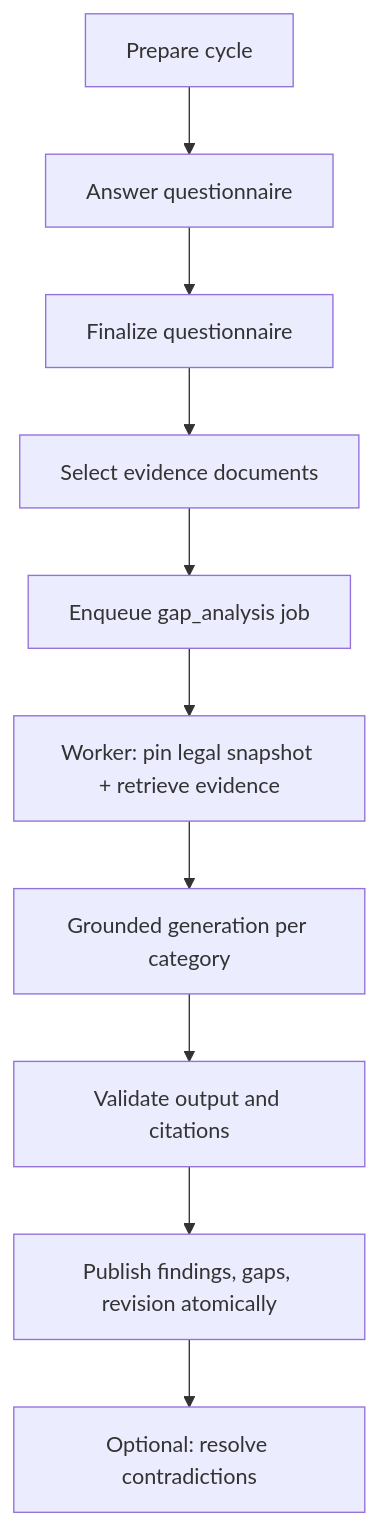
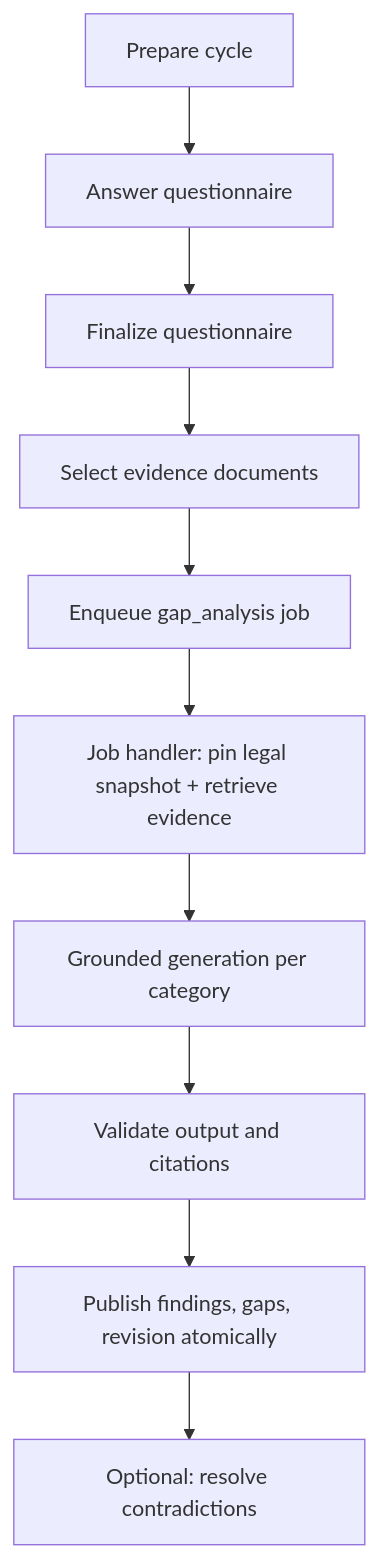
Before and after one commit to nxkolas/compliance: the diagram in my-app/docs/backend-architecture/system/workflows.md, drawn with Mermaid. The commit also changed other lines of this file and 84 other files, not shown here.

````diff
--- a/my-app/docs/backend-architecture/system/workflows.md
+++ b/my-app/docs/backend-architecture/system/workflows.md
@@ -80,12 +80,12 @@
 ```mermaid
 flowchart TD
     A[Prepare cycle] --> B[Answer questionnaire]
     B --> C[Finalize questionnaire]
     C --> D[Select evidence documents]
     D --> E[Enqueue gap_analysis job]
-    E --> F[Worker: pin legal snapshot + retrieve evidence]
+    E --> F[Job handler: pin legal snapshot + retrieve evidence]
     F --> G[Grounded generation per category]
     G --> H[Validate output and citations]
     H --> I[Publish findings, gaps, revision atomically]
     I --> J[Optional: resolve contradictions]
 ```
````
